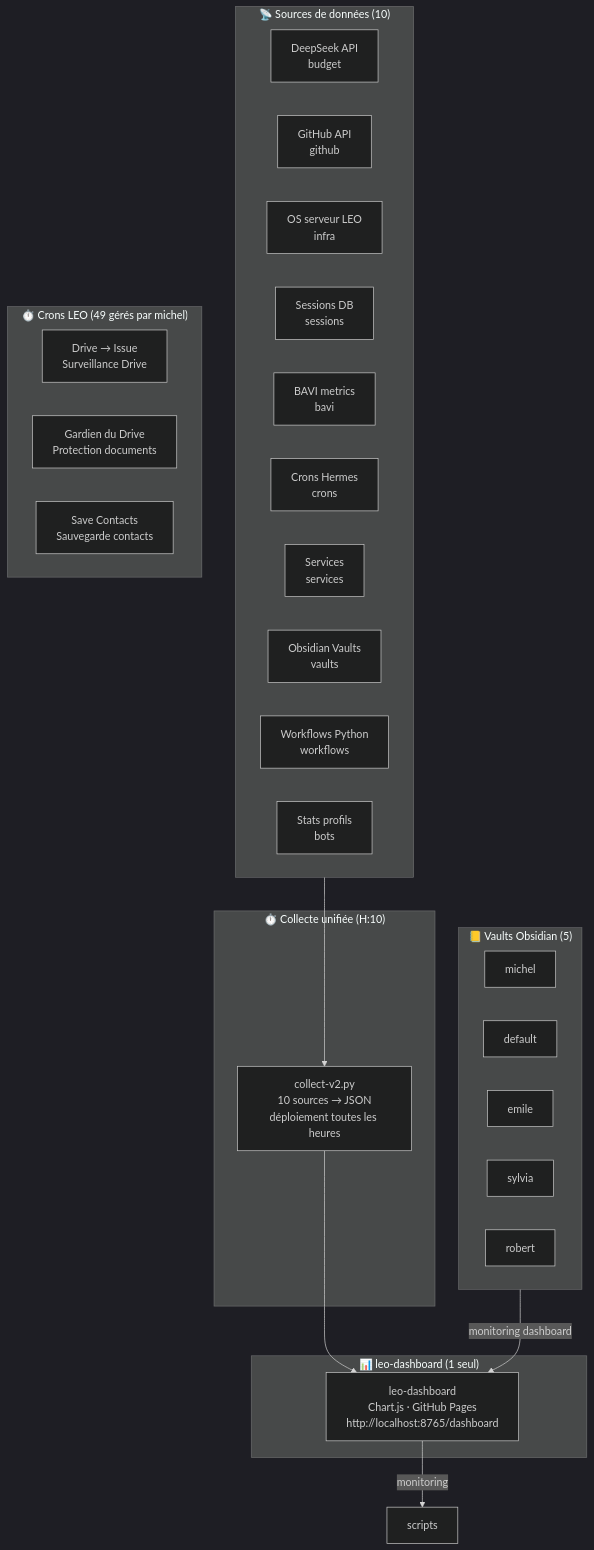
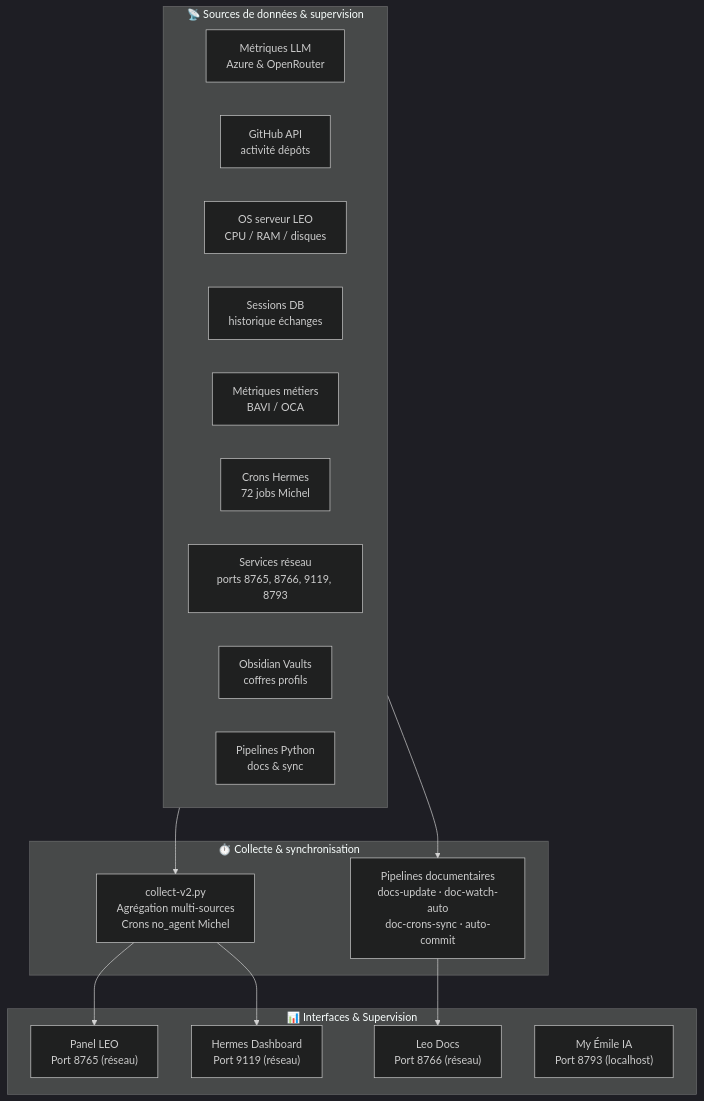
One commit to christophedanhier-hash/hermes-wiki changed the diagram in docs/hermes/utilisation/architecture-leo.md. Above: the diagram before and after it, drawn with Mermaid (dark theme). The commit also changed other lines of this file and 4 other files, not shown here.

Commit message:
docs(hermes): align profiles providers and dashboards

````diff
--- a/docs/hermes/utilisation/architecture-leo.md
+++ b/docs/hermes/utilisation/architecture-leo.md
@@ -35,42 +35,32 @@
 ```mermaid
 flowchart TB
-    subgraph Sources["📡 Sources de données (10)"]
-        DS["DeepSeek API<br/>budget"]
-        GH_API["GitHub API<br/>github"]
-        OS["OS serveur LEO<br/>infra"]
-        SESS["Sessions DB<br/>sessions"]
-        BAVI_M["BAVI metrics<br/>bavi"]
-        CRONS_M["Crons Hermes<br/>crons"]
-        SVCS["Services<br/>services"]
-        VAULTS["Obsidian Vaults<br/>vaults"]
-        WKFL["Workflows Python<br/>workflows"]
-        BOTS["Stats profils<br/>bots"]
+    subgraph Sources["📡 Sources de données & supervision"]
+        LLM_M["Métriques LLM<br/>Azure & OpenRouter"]
+        GH_API["GitHub API<br/>activité dépôts"]
+        OS["OS serveur LEO<br/>CPU / RAM / disques"]
+        SESS["Sessions DB<br/>historique échanges"]
+        BAVI_M["Métriques métiers<br/>BAVI / OCA"]
+        CRONS_M["Crons Hermes<br/>72 jobs Michel"]
+        SVCS["Services réseau<br/>ports 8765, 8766, 9119, 8793"]
+        VAULTS["Obsidian Vaults<br/>coffres profils"]
+        WKFL["Pipelines Python<br/>docs & sync"]
     end
 
-    subgraph Collecte["⏱️ Collecte unifiée (H:10)"]
-        COLLECT["collect-v2.py<br/>10 sources → JSON<br/>déploiement toutes les heures"]
+    subgraph Collecte["⏱️ Collecte & synchronisation"]
+        COLLECT["collect-v2.py<br/>Agrégation multi-sources<br/>Crons no_agent Michel"]
+        PIPES["Pipelines documentaires<br/>docs-update · doc-watch-auto<br/>doc-crons-sync · auto-commit"]
     end
 
-    subgraph Dashboard["📊 leo-dashboard (1 seul)"]
-        DASH["leo-dashboard<br/>Chart.js · GitHub Pages<br/>http://localhost:8765/dashboard"]
-    end
-
-    subgraph crons["⏱️ Crons LEO (49 gérés par michel)"]
-        DRIVE_ISSUE["Drive → Issue<br/>Surveillance Drive"]
-        GARDIEN["Gardien du Drive<br/>Protection documents"]
-        SAVE_CONTACTS["Save Contacts<br/>Sauvegarde contacts"]
-    end
-
-    subgraph Vaults["📒 Vaults Obsidian (5)"]
-        MICHEL_VAULT["michel"]
-        DEFAULT_VAULT["default"]
-        EMILE_VAULT["emile"]
-        SYLVIA_VAULT["sylvia"]
-        ROBERT_VAULT["robert"]
+    subgraph Dashboards["📊 Interfaces & Supervision"]
+        PANEL["Panel LEO<br/>Port 8765 (réseau)"]
+        DOCS["Leo Docs<br/>Port 8766 (réseau)"]
+        HDASH["Hermes Dashboard<br/>Port 9119 (réseau)"]
+        EMILE_UI["My Émile IA<br/>Port 8793 (localhost)"]
     end
 
     Sources --> COLLECT
-    COLLECT --> DASH
-    DASH -->|monitoring| scripts
-    Vaults -->|monitoring dashboard| DASH
+    Sources --> PIPES
+    COLLECT --> PANEL
+    COLLECT --> HDASH
+    PIPES --> DOCS
 ```
````
